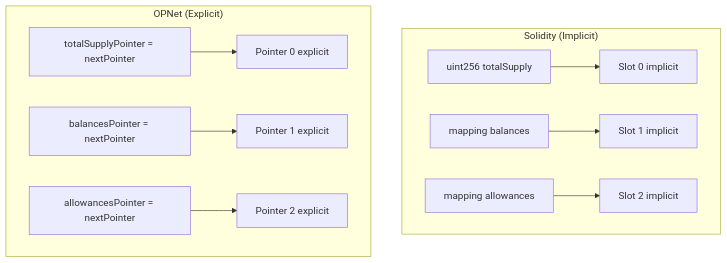
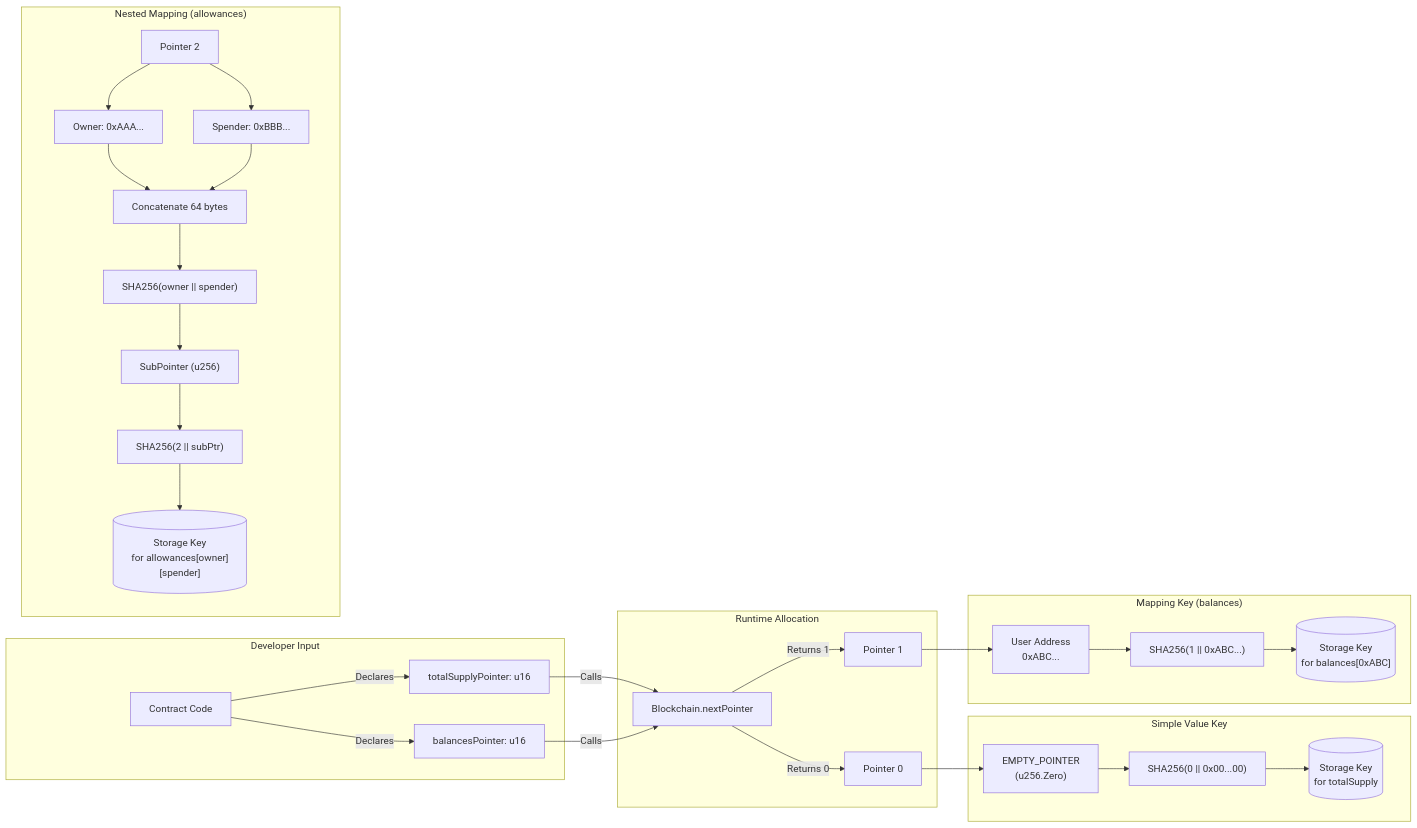
One commit to btc-vision/btc-runtime changed the third of 8 diagrams in docs/core-concepts/storage-system.md. Above: the diagram before and after it, drawn with Mermaid. The commit also changed other lines of this file and 2 other files, not shown here.

First line of the commit message:
Add editor config and update storage system docs

````diff
--- a/docs/core-concepts/storage-system.md
+++ b/docs/core-concepts/storage-system.md
@@ -14,14 +147,39 @@
 ```mermaid
-flowchart TB
-    subgraph Solidity["Solidity (Implicit)"]
-        SOL1["uint256 totalSupply"] --> SLOT0["Slot 0 implicit"]
-        SOL2["mapping balances"] --> SLOT1["Slot 1 implicit"]
-        SOL3["mapping allowances"] --> SLOT2["Slot 2 implicit"]
+flowchart LR
+    subgraph Input["Developer Input"]
+        DEV["Contract Code"]
+        DEV -->|"Declares"| VAR1["totalSupplyPointer: u16"]
+        DEV -->|"Declares"| VAR2["balancesPointer: u16"]
     end
-    
-    subgraph OPNet["OPNet (Explicit)"]
-        OP1["totalSupplyPointer = nextPointer"] --> PTR0["Pointer 0 explicit"]
-        OP2["balancesPointer = nextPointer"] --> PTR1["Pointer 1 explicit"]
-        OP3["allowancesPointer = nextPointer"] --> PTR2["Pointer 2 explicit"]
+
+    subgraph Allocation["Runtime Allocation"]
+        BC["Blockchain.nextPointer"]
+        VAR1 -->|"Calls"| BC
+        VAR2 -->|"Calls"| BC
+        BC -->|"Returns 0"| P0["Pointer 0"]
+        BC -->|"Returns 1"| P1["Pointer 1"]
+    end
+
+    subgraph SimpleKey["Simple Value Key"]
+        P0 --> EMPTY["EMPTY_POINTER<br/>(u256.Zero)"]
+        EMPTY --> HASH1["SHA256(0 || 0x00...00)"]
+        HASH1 --> KEY1[("Storage Key<br/>for totalSupply")]
+    end
+
+    subgraph MappingKey["Mapping Key (balances)"]
+        P1 --> ADDR["User Address<br/>0xABC..."]
+        ADDR --> HASH2["SHA256(1 || 0xABC...)"]
+        HASH2 --> KEY2[("Storage Key<br/>for balances[0xABC]")]
+    end
+
+    subgraph NestedKey["Nested Mapping (allowances)"]
+        P2["Pointer 2"] --> OWNER["Owner: 0xAAA..."]
+        P2 --> SPENDER["Spender: 0xBBB..."]
+        OWNER --> CONCAT["Concatenate 64 bytes"]
+        SPENDER --> CONCAT
+        CONCAT --> INNER["SHA256(owner || spender)"]
+        INNER --> SUBPTR["SubPointer (u256)"]
+        SUBPTR --> HASH3["SHA256(2 || subPtr)"]
+        HASH3 --> KEY3[("Storage Key<br/>for allowances[owner][spender]")]
     end
 ```
````
